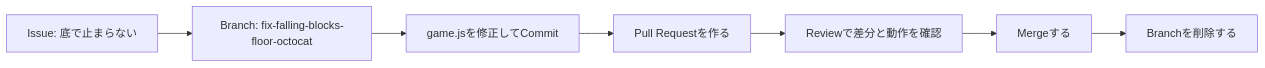
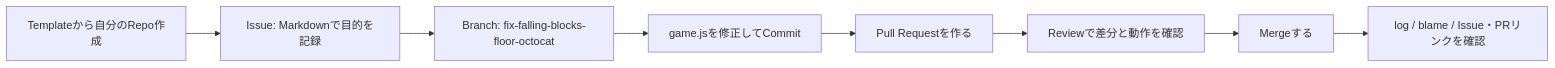
The diagram in docs/workshop-plan.md (Tachaan/workshop-github-basic), drawn with Mermaid before and after one commit. The commit also changed other lines of this file and 14 other files, not shown here.

````diff
--- a/docs/workshop-plan.md
+++ b/docs/workshop-plan.md
@@ -60,9 +63,10 @@
 ```mermaid
 flowchart LR
-    I[Issue: 底で止まらない] --> B[Branch: fix-falling-blocks-floor-octocat]
+    T[Templateから自分のRepo作成] --> I[Issue: Markdownで目的を記録]
+    I --> B[Branch: fix-falling-blocks-floor-octocat]
     B --> C[game.jsを修正してCommit]
     C --> P[Pull Requestを作る]
     P --> R[Reviewで差分と動作を確認]
     R --> M[Mergeする]
-    M --> D[Branchを削除する]
+    M --> H[log / blame / Issue・PRリンクを確認]
 ```
````
